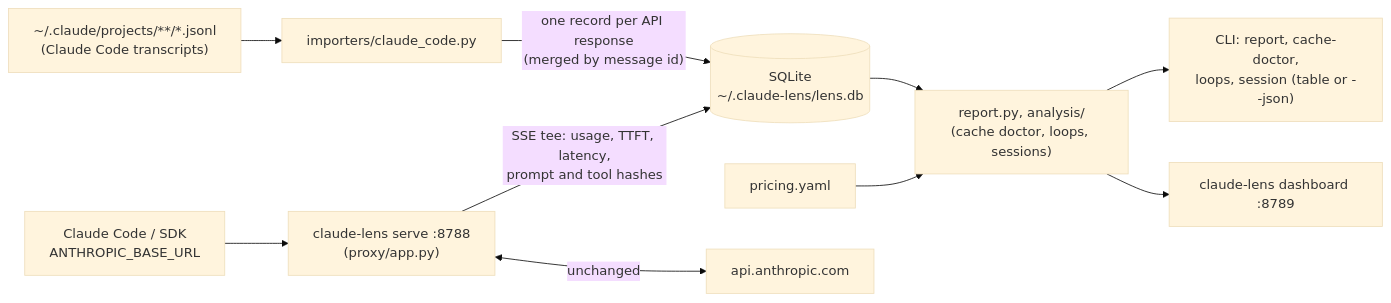
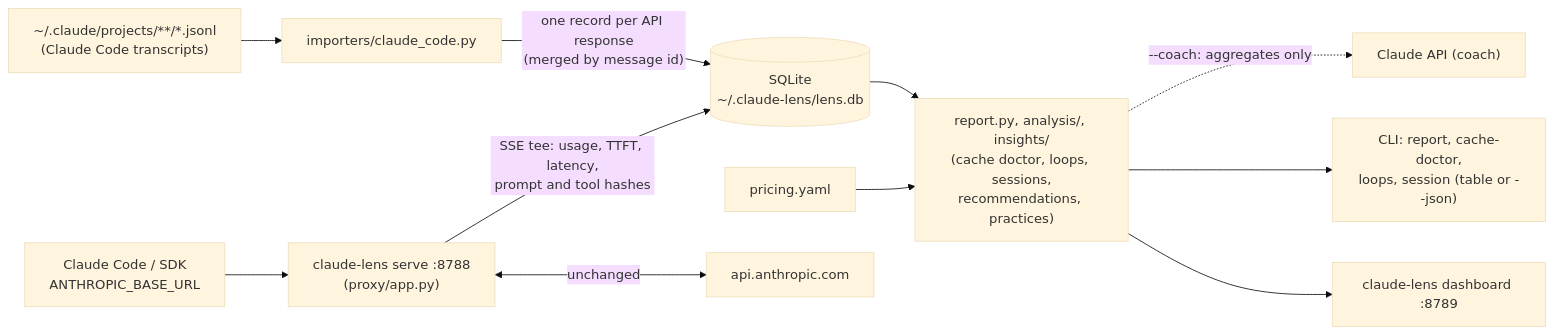
The diagram in README.md (rkrzywiecki/claude-lens), drawn with Mermaid (base theme) before and after one commit. The commit also changed other lines of this file and 8 other files, not shown here.

Commit message:
Document insights, what-if and the coach

````diff
--- a/README.md
+++ b/README.md
@@ -14,12 +16,13 @@
 ```mermaid
 flowchart LR
     T["~/.claude/projects/**/*.jsonl<br/>(Claude Code transcripts)"] --> I[importers/claude_code.py]
     I -->|"one record per API response<br/>(merged by message id)"| S[(SQLite<br/>~/.claude-lens/lens.db)]
-    S --> R["report.py, analysis/<br/>(cache doctor, loops, sessions)"]
+    S --> R["report.py, analysis/, insights/<br/>(cache doctor, loops, sessions,<br/>recommendations, practices)"]
+    R -.->|"--coach: aggregates only"| CO["Claude API (coach)"]
     P[pricing.yaml] --> R
     R --> C["CLI: report, cache-doctor,<br/>loops, session (table or --json)"]
     R --> D["claude-lens dashboard :8789"]
     CL["Claude Code / SDK<br/>ANTHROPIC_BASE_URL"] --> X["claude-lens serve :8788<br/>(proxy/app.py)"]
     X <-->|"unchanged"| A[api.anthropic.com]
     X -->|"SSE tee: usage, TTFT, latency,<br/>prompt and tool hashes"| S
 ```
````
